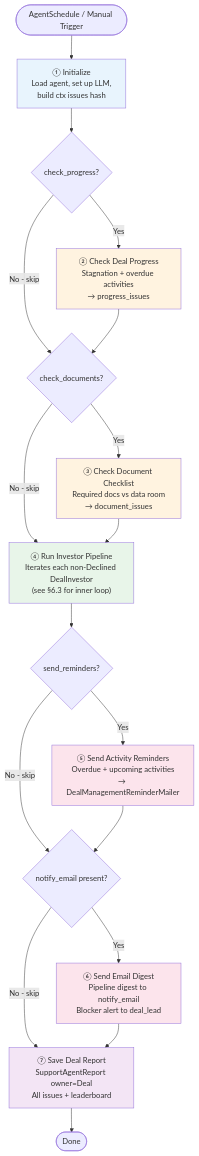
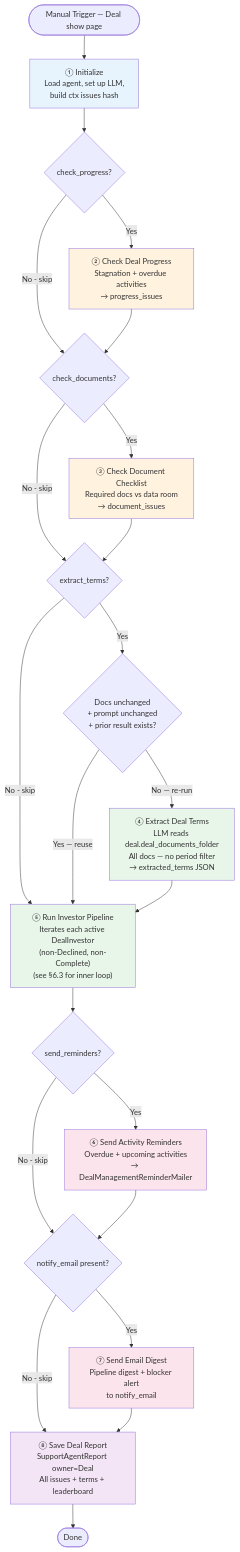
The second of 8 diagrams in docs/ai/deal_management_agent_prd.md (sampadadiwan/IRM_CompanyMain), drawn with Mermaid before and after one commit. The commit also changed other lines of this file and 17 other files, not shown here.

````diff
--- a/docs/ai/deal_management_agent_prd.md
+++ b/docs/ai/deal_management_agent_prd.md
@@ -175,39 +178,47 @@
 ```mermaid
 flowchart TD
-    Start([AgentSchedule / Manual Trigger]) --> Init
+    Start([Manual Trigger — Deal show page]) --> Init
 
     Init["① Initialize\nLoad agent, set up LLM,\nbuild ctx issues hash"]
 
     Init --> P{check_progress?}
     P -->|Yes| ChkProgress["② Check Deal Progress\nStagnation + overdue activities\n→ progress_issues"]
     P -->|No - skip| D
     ChkProgress --> D
 
     D{check_documents?}
     D -->|Yes| ChkDocs["③ Check Document Checklist\nRequired docs vs data room\n→ document_issues"]
-    D -->|No - skip| InvPipe
-    ChkDocs --> InvPipe
+    D -->|No - skip| T
+    ChkDocs --> T
 
-    InvPipe["④ Run Investor Pipeline\nIterates each non-Declined DealInvestor\n(see §6.3 for inner loop)"]
+    T{extract_terms?}
+    T -->|Yes| Cache{"Docs unchanged\n+ prompt unchanged\n+ prior result exists?"}
+    T -->|No - skip| InvPipe
+    Cache -->|Yes — reuse| InvPipe
+    Cache -->|No — re-run| ExtTerms["④ Extract Deal Terms\nLLM reads deal.deal_documents_folder\nAll docs — no period filter\n→ extracted_terms JSON"]
+    ExtTerms --> InvPipe
+
+    InvPipe["⑤ Run Investor Pipeline\nIterates each active DealInvestor\n(non-Declined, non-Complete)\n(see §6.3 for inner loop)"]
 
     InvPipe --> R{send_reminders?}
-    R -->|Yes| SendR["⑤ Send Activity Reminders\nOverdue + upcoming activities\n→ DealManagementReminderMailer"]
+    R -->|Yes| SendR["⑥ Send Activity Reminders\nOverdue + upcoming activities\n→ DealManagementReminderMailer"]
     R -->|No - skip| Dig
     SendR --> Dig
 
     Dig{notify_email present?}
-    Dig -->|Yes| SendDig["⑥ Send Email Digest\nPipeline digest to notify_email\nBlocker alert to deal_lead"]
+    Dig -->|Yes| SendDig["⑦ Send Email Digest\nPipeline digest + blocker alert\nto notify_email"]
     Dig -->|No - skip| Save
     SendDig --> Save
 
-    Save["⑦ Save Deal Report\nSupportAgentReport owner=Deal\nAll issues + leaderboard"]
+    Save["⑧ Save Deal Report\nSupportAgentReport owner=Deal\nAll issues + terms + leaderboard"]
     Save --> Done([Done])
 
     style Init fill:#e8f4fd
     style ChkProgress fill:#fff3e0
     style ChkDocs fill:#fff3e0
+    style ExtTerms fill:#e8f5e9
     style InvPipe fill:#e8f5e9
     style SendR fill:#fce4ec
     style SendDig fill:#fce4ec
     style Save fill:#f3e5f5
 ```
````
